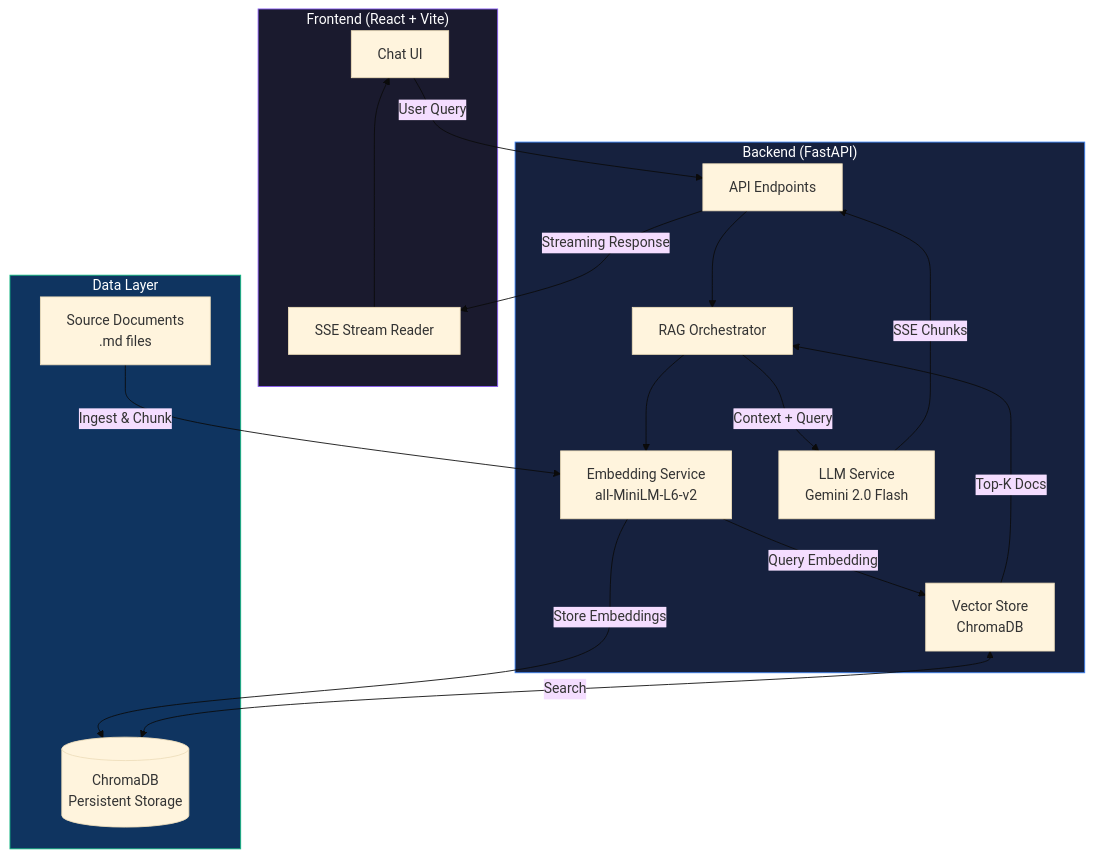
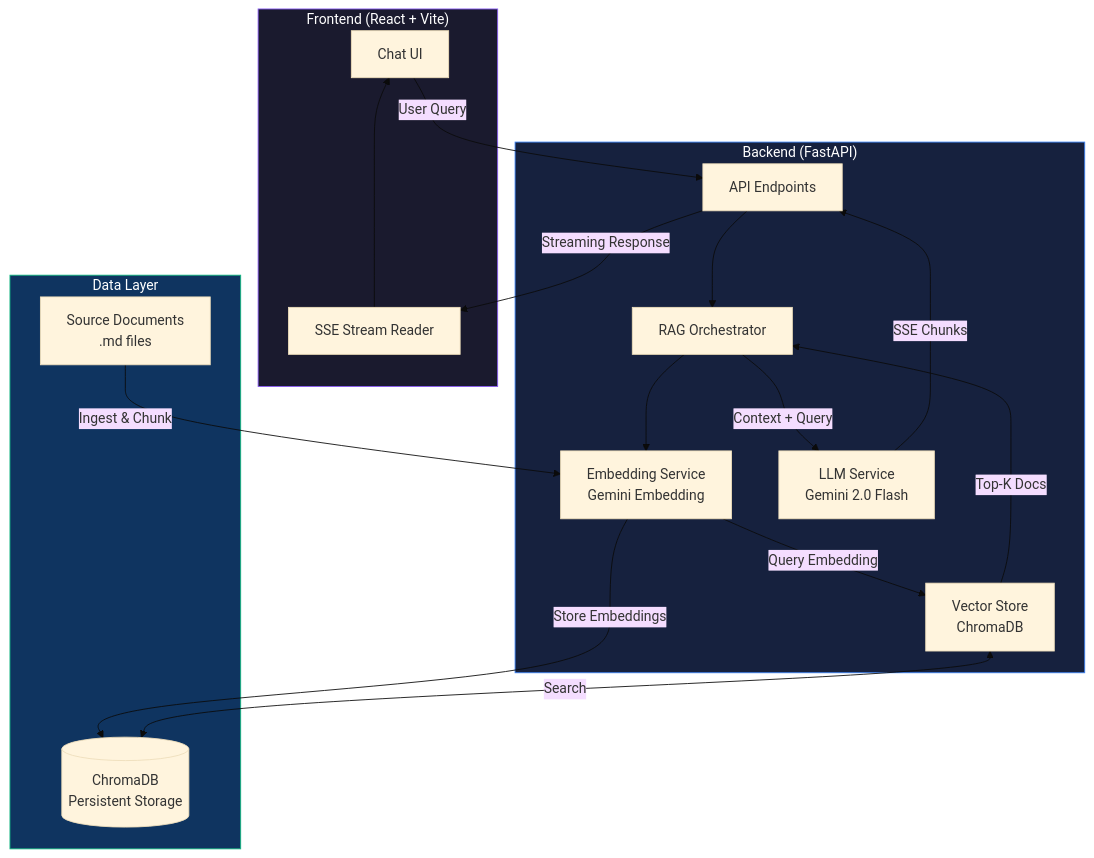
One commit to yongjiexue88/coding-exercise changed the diagram in README.md. Above: the diagram before and after it, drawn with Mermaid (base theme). The commit also changed other lines of this file and 9 other files, not shown here.

````diff
--- a/README.md
+++ b/README.md
@@ -9,36 +9,36 @@
 ```mermaid
 flowchart TB
     subgraph Frontend["Frontend (React + Vite)"]
         UI["Chat UI"]
         SSE["SSE Stream Reader"]
     end
 
     subgraph Backend["Backend (FastAPI)"]
         API["API Endpoints"]
-        EMB["Embedding Service<br/>all-MiniLM-L6-v2"]
+        EMB["Embedding Service<br/>Gemini Embedding"]
         VS["Vector Store<br/>ChromaDB"]
         LLM["LLM Service<br/>Gemini 2.0 Flash"]
         RAG["RAG Orchestrator"]
     end
 
     subgraph Data["Data Layer"]
         DOCS["Source Documents<br/>.md files"]
         CHROMA[("ChromaDB<br/>Persistent Storage")]
     end
 
     UI -->|"User Query"| API
     API --> RAG
     RAG --> EMB -->|"Query Embedding"| VS
     VS -->|"Top-K Docs"| RAG
     RAG -->|"Context + Query"| LLM
     LLM -->|"SSE Chunks"| API
     API -->|"Streaming Response"| SSE --> UI
 
     DOCS -->|"Ingest & Chunk"| EMB
     EMB -->|"Store Embeddings"| CHROMA
     VS <-->|"Search"| CHROMA
 
     style Frontend fill:#1a1a2e,stroke:#8b5cf6,color:#fff
     style Backend fill:#16213e,stroke:#3b82f6,color:#fff
     style Data fill:#0f3460,stroke:#10b981,color:#fff
 ```
````
